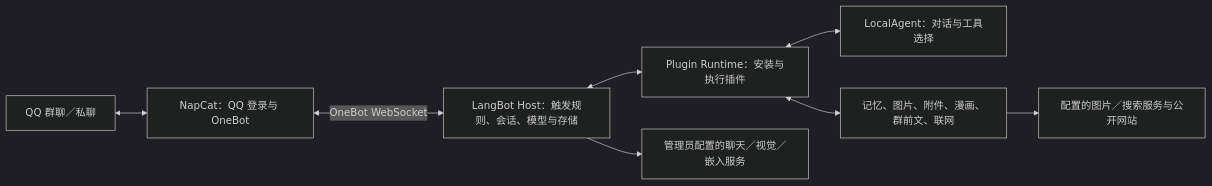
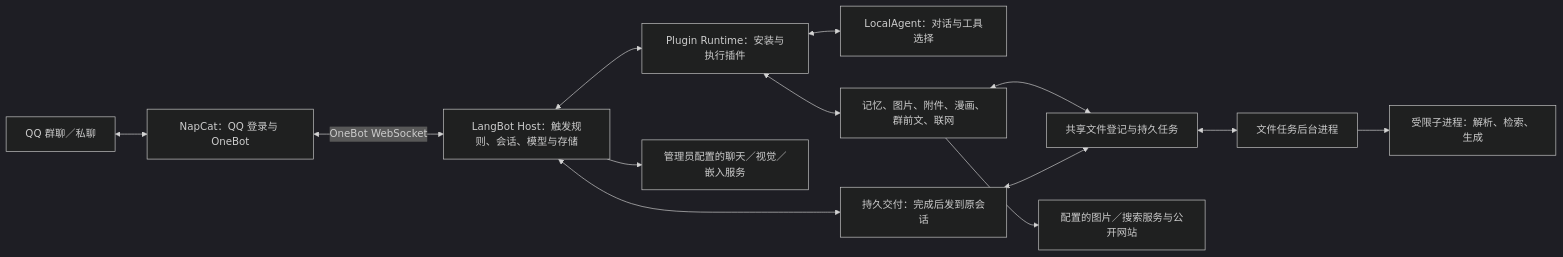
The diagram in docs/ARCHITECTURE.md (menherachan0210/QunLing), drawn with Mermaid (dark theme) before and after one commit. The commit also changed other lines of this file and 124 other files, not shown here.

Commit message:
feat(agent): 增强联网续办与附件处理并支持图片转 LabelPlus

````diff
--- a/docs/ARCHITECTURE.md
+++ b/docs/ARCHITECTURE.md
@@ -7,10 +7,15 @@
 ```mermaid
 flowchart LR
     QQ["QQ 群聊／私聊"] <--> NapCat["NapCat：QQ 登录与 OneBot"]
     NapCat <-->|"OneBot WebSocket"| Host["LangBot Host：触发规则、会话、模型与存储"]
     Host <--> Runtime["Plugin Runtime：安装与执行插件"]
     Runtime <--> Agent["LocalAgent：对话与工具选择"]
     Runtime <--> Tools["记忆、图片、附件、漫画、群前文、联网"]
+    Tools <--> Files["共享文件登记与持久任务"]
+    Files <--> Daemon["文件任务后台进程"]
+    Daemon --> Worker["受限子进程：解析、检索、生成"]
+    Host <--> Outbox["持久交付：完成后发到原会话"]
+    Outbox <--> Files
     Host --> Models["管理员配置的聊天／视觉／嵌入服务"]
     Tools --> External["配置的图片／搜索服务与公开网站"]
 ```
````
